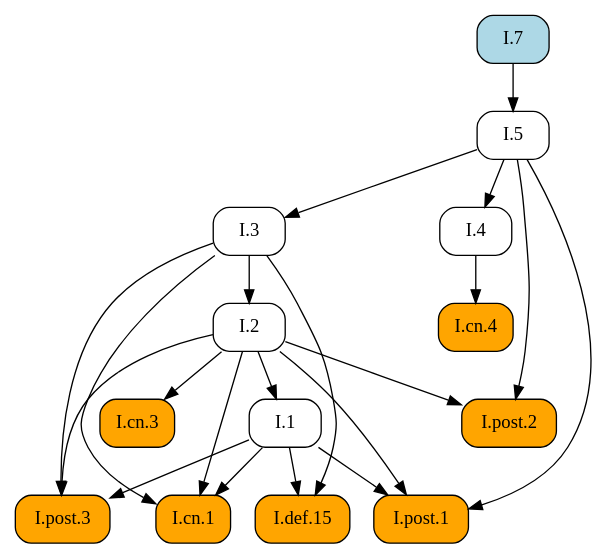
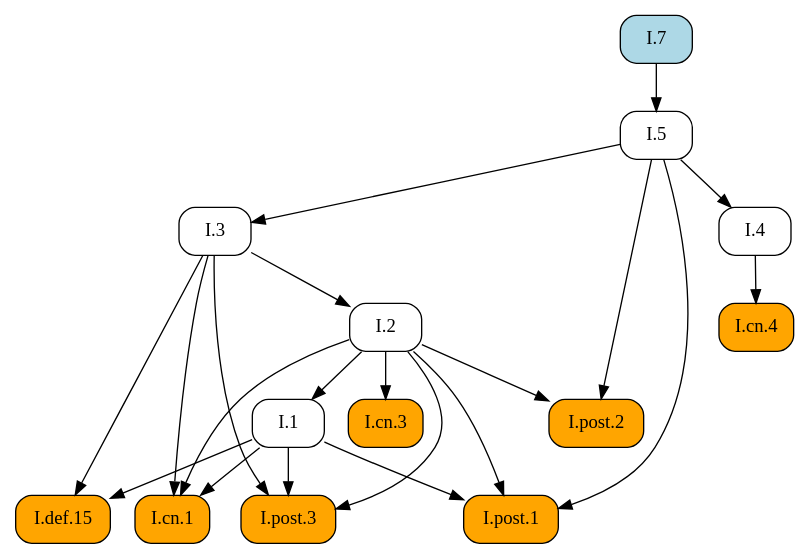
The diagram in docsrc/heath/I/7/index.rst (geometor/elements), drawn with Graphviz before and after one commit. The commit also changed other lines of this file and 484 other files, not shown here.

```diff
--- a/docsrc/heath/I/7/index.rst
+++ b/docsrc/heath/I/7/index.rst
@@ -102,39 +102,39 @@
 .. graphviz::
 
    digraph {
      rankdir="TB";
      node [shape=box, style=rounded];
+     "I.cn.1" [style="rounded,filled", fillcolor=orange, URL="/heath/I/cn.1/", target="_top"];
+     "I.7" [style="rounded,filled", fillcolor=lightblue, URL="/heath/I/7/", target="_top"];
+     "I.2" [URL="/heath/I/2/", target="_top"];
      "I.def.15" [style="rounded,filled", fillcolor=orange, URL="/heath/I/def.15/", target="_top"];
+     "I.4" [URL="/heath/I/4/", target="_top"];
+     "I.cn.4" [style="rounded,filled", fillcolor=orange, URL="/heath/I/cn.4/", target="_top"];
+     "I.1" [URL="/heath/I/1/", target="_top"];
+     "I.post.2" [style="rounded,filled", fillcolor=orange, URL="/heath/I/post.2/", target="_top"];
+     "I.5" [URL="/heath/I/5/", target="_top"];
+     "I.post.1" [style="rounded,filled", fillcolor=orange, URL="/heath/I/post.1/", target="_top"];
      "I.post.3" [style="rounded,filled", fillcolor=orange, URL="/heath/I/post.3/", target="_top"];
-     "I.1" [URL="/heath/I/1/", target="_top"];
-     "I.cn.1" [style="rounded,filled", fillcolor=orange, URL="/heath/I/cn.1/", target="_top"];
      "I.cn.3" [style="rounded,filled", fillcolor=orange, URL="/heath/I/cn.3/", target="_top"];
      "I.3" [URL="/heath/I/3/", target="_top"];
-     "I.7" [style="rounded,filled", fillcolor=lightblue, URL="/heath/I/7/", target="_top"];
-     "I.2" [URL="/heath/I/2/", target="_top"];
-     "I.4" [URL="/heath/I/4/", target="_top"];
-     "I.cn.4" [style="rounded,filled", fillcolor=orange, URL="/heath/I/cn.4/", target="_top"];
-     "I.post.1" [style="rounded,filled", fillcolor=orange, URL="/heath/I/post.1/", target="_top"];
-     "I.post.2" [style="rounded,filled", fillcolor=orange, URL="/heath/I/post.2/", target="_top"];
-     "I.5" [URL="/heath/I/5/", target="_top"];
+     "I.1" -> "I.cn.1";
+     "I.2" -> "I.cn.1";
+     "I.3" -> "I.cn.1";
+     "I.3" -> "I.2";
      "I.1" -> "I.def.15";
      "I.3" -> "I.def.15";
+     "I.5" -> "I.4";
+     "I.4" -> "I.cn.4";
+     "I.2" -> "I.1";
+     "I.2" -> "I.post.2";
+     "I.5" -> "I.post.2";
+     "I.7" -> "I.5";
+     "I.1" -> "I.post.1";
+     "I.2" -> "I.post.1";
+     "I.5" -> "I.post.1";
      "I.1" -> "I.post.3";
      "I.2" -> "I.post.3";
      "I.3" -> "I.post.3";
-     "I.2" -> "I.1";
-     "I.1" -> "I.cn.1";
-     "I.2" -> "I.cn.1";
-     "I.3" -> "I.cn.1";
      "I.2" -> "I.cn.3";
      "I.5" -> "I.3";
-     "I.3" -> "I.2";
-     "I.5" -> "I.4";
-     "I.4" -> "I.cn.4";
-     "I.1" -> "I.post.1";
-     "I.2" -> "I.post.1";
-     "I.5" -> "I.post.1";
-     "I.2" -> "I.post.2";
-     "I.5" -> "I.post.2";
-     "I.7" -> "I.5";
    }
```
